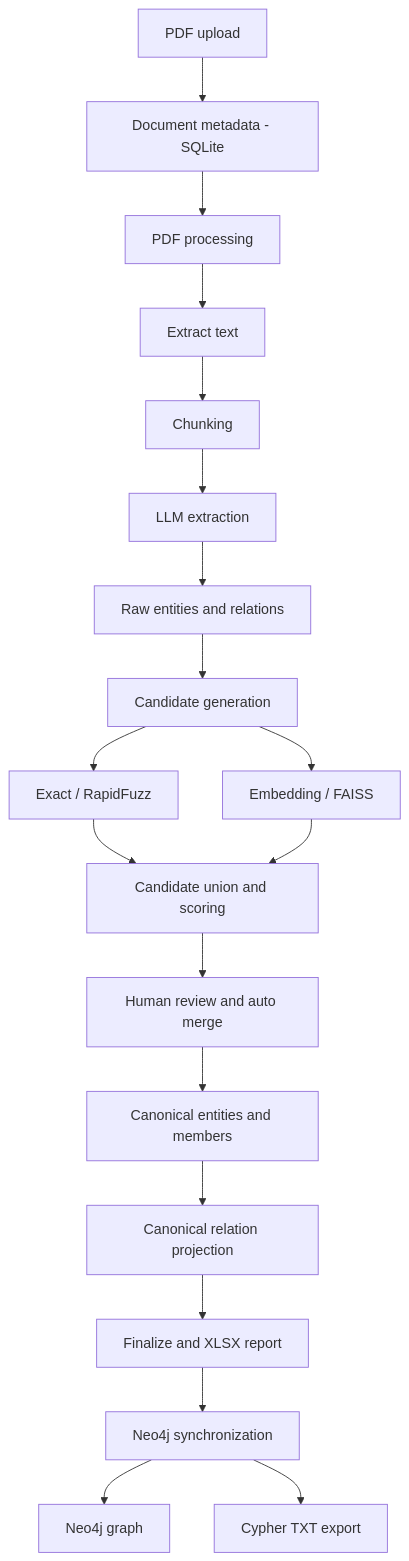
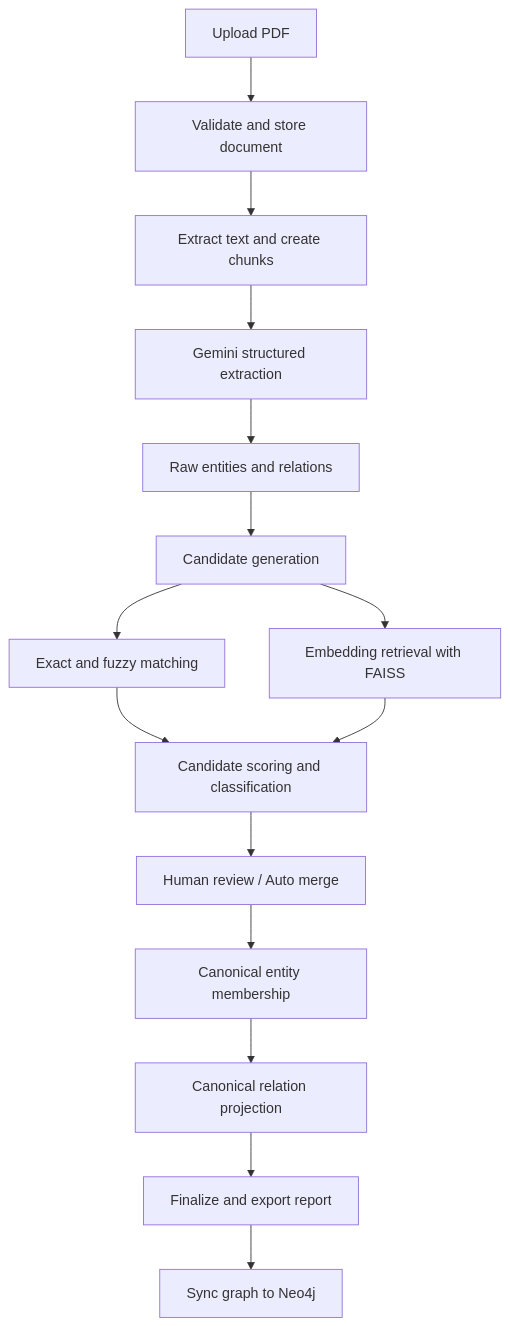
One commit to pmhieu2193/text_to_graph changed the second of 2 diagrams in README.md. Above: the diagram before and after it, drawn with Mermaid. The commit also changed other lines of this file, not shown here.

````diff
--- a/README.md
+++ b/README.md
@@ -30,21 +134,17 @@
 ```mermaid
 flowchart TD
-    A[PDF upload] --> B[Document metadata - SQLite]
-    B --> C[PDF processing]
-    C --> D[Extract text]
-    D --> E[Chunking]
-    E --> F[LLM extraction]
-    F --> G[Raw entities and relations]
-    G --> H[Candidate generation]
-    H --> I[Exact / RapidFuzz]
-    H --> J[Embedding / FAISS]
-    I --> K[Candidate union and scoring]
-    J --> K
-    K --> L[Human review and auto merge]
-    L --> M[Canonical entities and members]
-    M --> N[Canonical relation projection]
-    N --> O[Finalize and XLSX report]
-    O --> P[Neo4j synchronization]
-    P --> Q[Neo4j graph]
-    P --> R[Cypher TXT export]
+    A[Upload PDF] --> B[Validate and store document]
+    B --> C[Extract text and create chunks]
+    C --> D[Gemini structured extraction]
+    D --> E[Raw entities and relations]
+    E --> F[Candidate generation]
+    F --> G[Exact and fuzzy matching]
+    F --> H[Embedding retrieval with FAISS]
+    G --> I[Candidate scoring and classification]
+    H --> I
+    I --> J[Human review / Auto merge]
+    J --> K[Canonical entity membership]
+    K --> L[Canonical relation projection]
+    L --> M[Finalize and export report]
+    M --> N[Sync graph to Neo4j]
 ```
````
